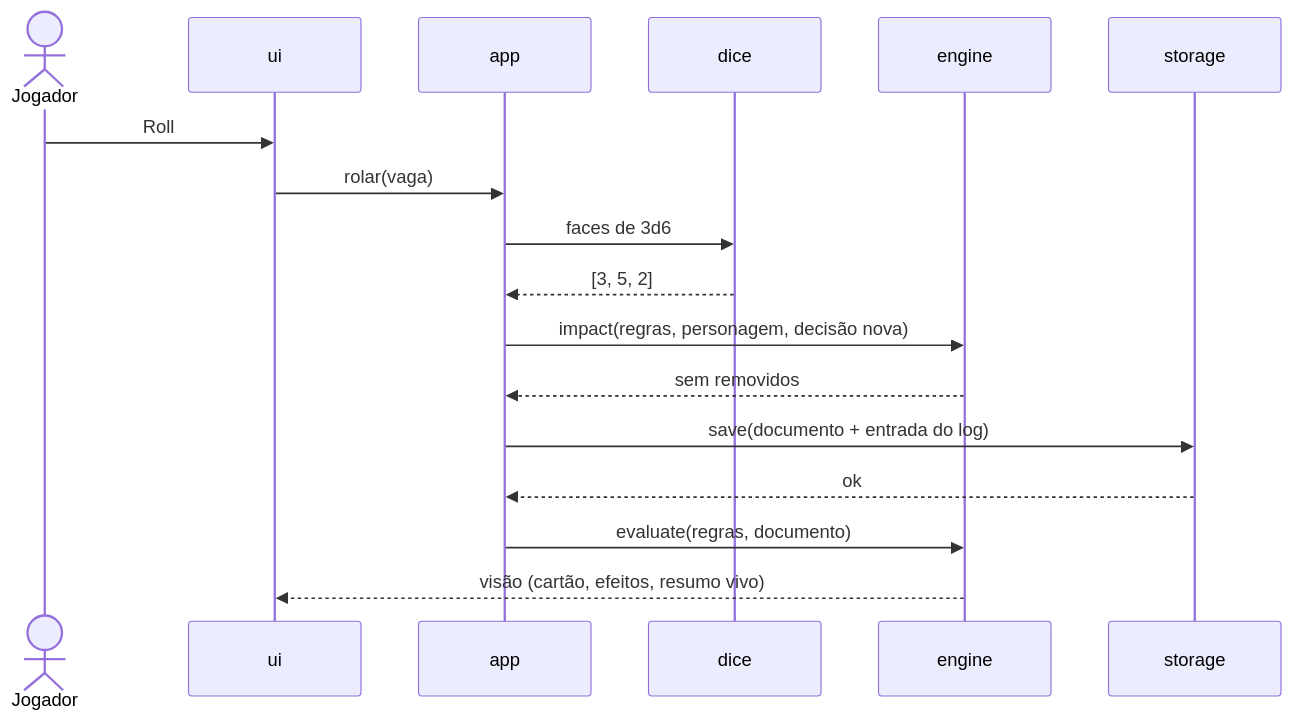
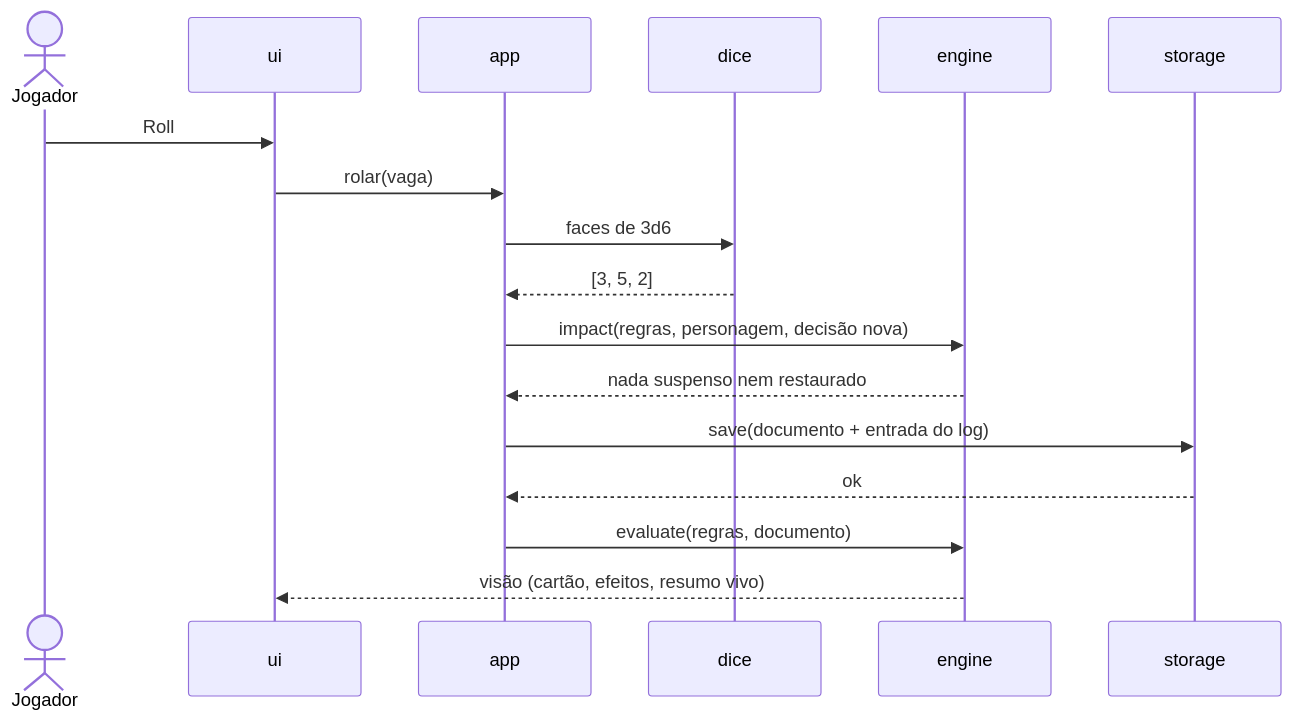
Before and after one commit to AntonioVCruz/sotdl-character-generator: the fourth of 6 diagrams in docs/architecture.md, drawn with Mermaid. The commit also changed other lines of this file, not shown here.

````diff
--- a/docs/architecture.md
+++ b/docs/architecture.md
@@ -131,19 +131,19 @@
 ```mermaid
 sequenceDiagram
     actor J as Jogador
     participant UI as ui
     participant APP as app
     participant D as dice
     participant E as engine
     participant S as storage
     J->>UI: Roll
     UI->>APP: rolar(vaga)
     APP->>D: faces de 3d6
     D-->>APP: [3, 5, 2]
     APP->>E: impact(regras, personagem, decisão nova)
-    E-->>APP: sem removidos
+    E-->>APP: nada suspenso nem restaurado
     APP->>S: save(documento + entrada do log)
     S-->>APP: ok
     APP->>E: evaluate(regras, documento)
     E-->>UI: visão (cartão, efeitos, resumo vivo)
 ```
````
